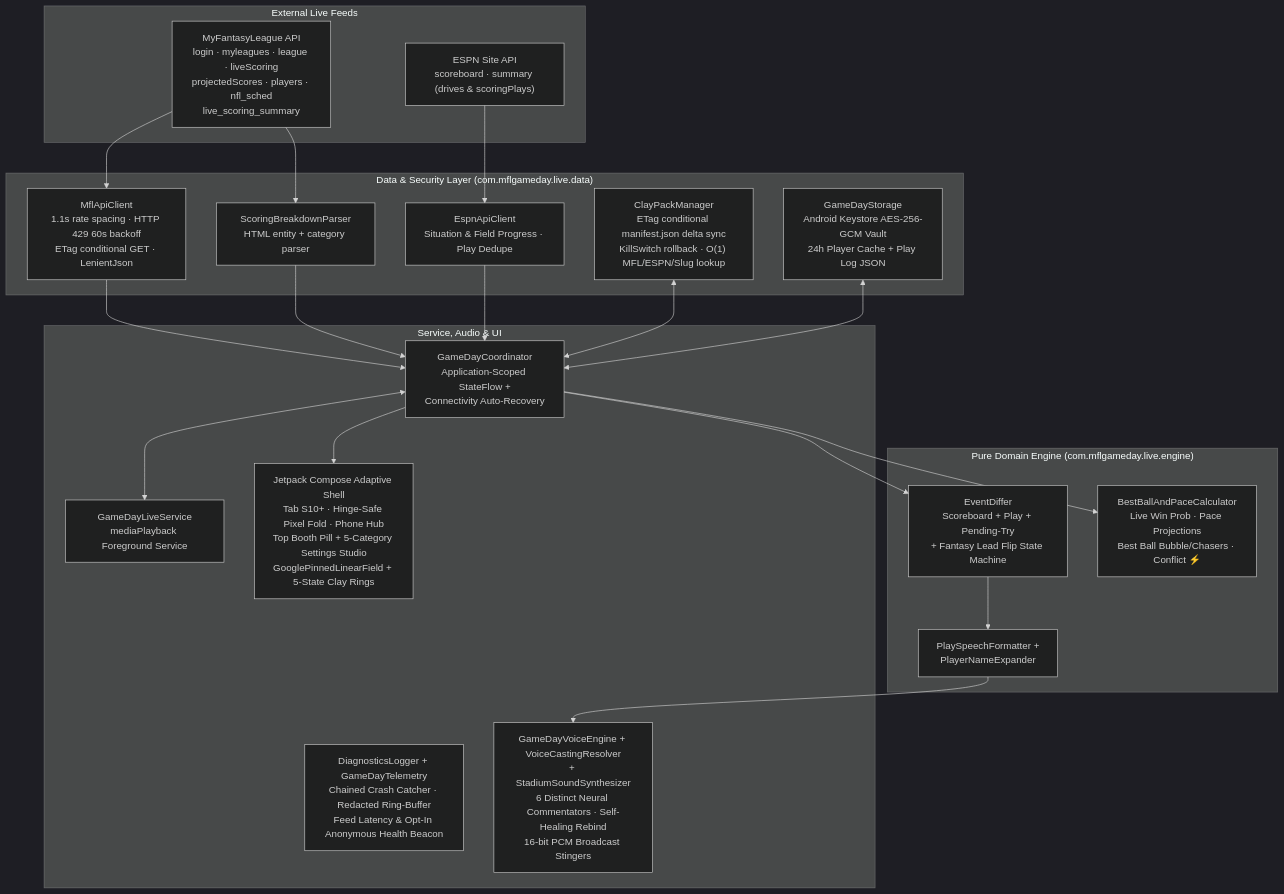
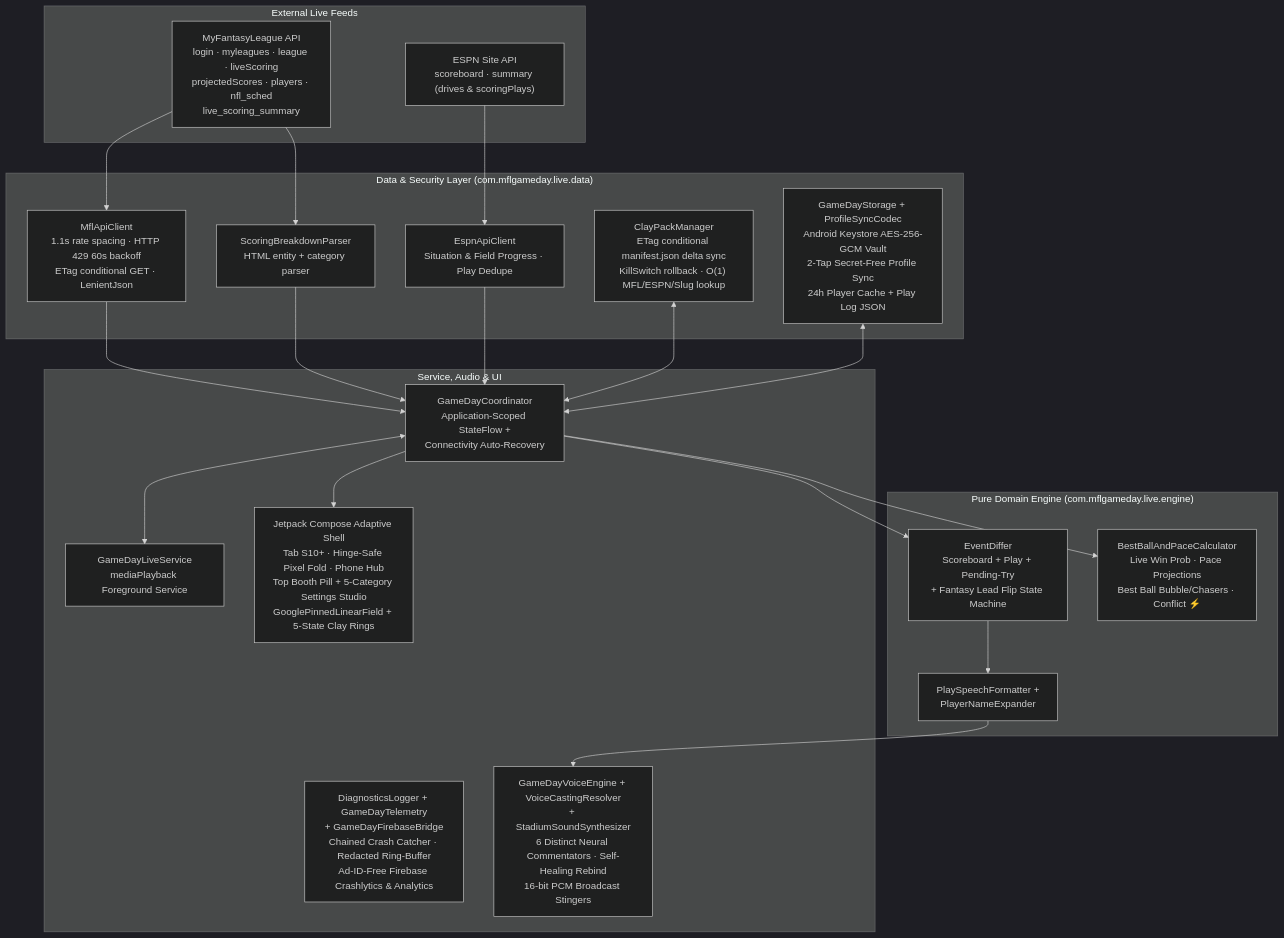
Before and after one commit to GinoMotisko/mfl-gameday-live: the diagram in docs/architecture_map.md, drawn with Mermaid (dark theme). The commit also changed 21 other files, not shown here.

First line of the commit message:
feat(v1.3.2): Ad-ID-free Google Firebase Crashlytics/Analytics & 2-tap cross-device profile sync (#22)

````diff
--- a/docs/architecture_map.md
+++ b/docs/architecture_map.md
@@ -15,44 +15,44 @@
 ```mermaid
 flowchart TD
     subgraph Providers["External Live Feeds"]
         MFL["MyFantasyLeague API\nlogin · myleagues · league · liveScoring\nprojectedScores · players · nfl_sched\nlive_scoring_summary"]
         ESPN["ESPN Site API\nscoreboard · summary (drives & scoringPlays)"]
     end
 
     subgraph DataLayer["Data & Security Layer (com.mflgameday.live.data)"]
         MflClient["MflApiClient\n1.1s rate spacing · HTTP 429 60s backoff\nETag conditional GET · LenientJson"]
         EspnClient["EspnApiClient\nSituation & Field Progress · Play Dedupe"]
         BreakdownParser["ScoringBreakdownParser\nHTML entity + category parser"]
         ClayMgr["ClayPackManager\nETag conditional manifest.json delta sync\nKillSwitch rollback · O(1) MFL/ESPN/Slug lookup"]
-        Storage["GameDayStorage\nAndroid Keystore AES-256-GCM Vault\n24h Player Cache + Play Log JSON"]
+        Storage["GameDayStorage + ProfileSyncCodec\nAndroid Keystore AES-256-GCM Vault\n2-Tap Secret-Free Profile Sync\n24h Player Cache + Play Log JSON"]
     end
 
     subgraph EngineLayer["Pure Domain Engine (com.mflgameday.live.engine)"]
         Differ["EventDiffer\nScoreboard + Play + Pending-Try\n+ Fantasy Lead Flip State Machine"]
         Pace["BestBallAndPaceCalculator\nLive Win Prob · Pace Projections\nBest Ball Bubble/Chasers · Conflict ⚡"]
         Formatter["PlaySpeechFormatter +\nPlayerNameExpander"]
     end
 
     subgraph Runtime["Service, Audio & UI"]
         Coord["GameDayCoordinator\nApplication-Scoped StateFlow +\nConnectivity Auto-Recovery"]
-        Diag["DiagnosticsLogger + GameDayTelemetry\nChained Crash Catcher · Redacted Ring-Buffer\nFeed Latency & Opt-In Anonymous Health Beacon"]
+        Diag["DiagnosticsLogger + GameDayTelemetry\n+ GameDayFirebaseBridge\nChained Crash Catcher · Redacted Ring-Buffer\nAd-ID-Free Firebase Crashlytics & Analytics"]
         Voice["GameDayVoiceEngine + VoiceCastingResolver\n+ StadiumSoundSynthesizer\n6 Distinct Neural Commentators · Self-Healing Rebind\n16-bit PCM Broadcast Stingers"]
         FGS["GameDayLiveService\nmediaPlayback Foreground Service"]
         UI["Jetpack Compose Adaptive Shell\nTab S10+ · Hinge-Safe Pixel Fold · Phone Hub\nTop Booth Pill + 5-Category Settings Studio\nGooglePinnedLinearField + 5-State Clay Rings"]
     end
 
     MFL --> MflClient
     MFL --> BreakdownParser
     ESPN --> EspnClient
     MflClient --> Coord
     BreakdownParser --> Coord
     EspnClient --> Coord
     ClayMgr <--> Coord
     Storage <--> Coord
     Coord --> Differ
     Coord --> Pace
     Differ --> Formatter
     Formatter --> Voice
     Coord <--> FGS
     Coord --> UI
 ```
````
